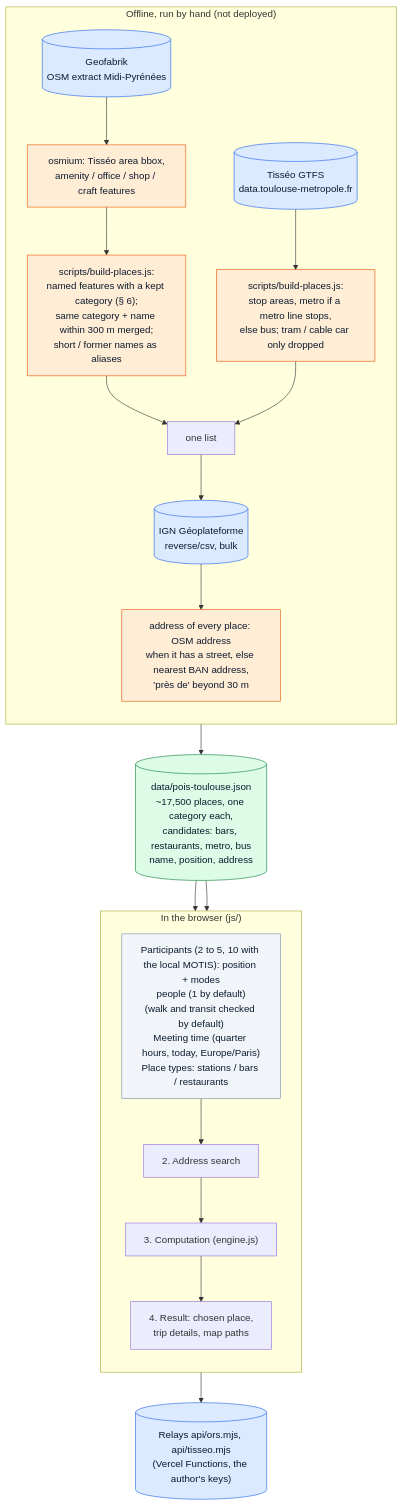
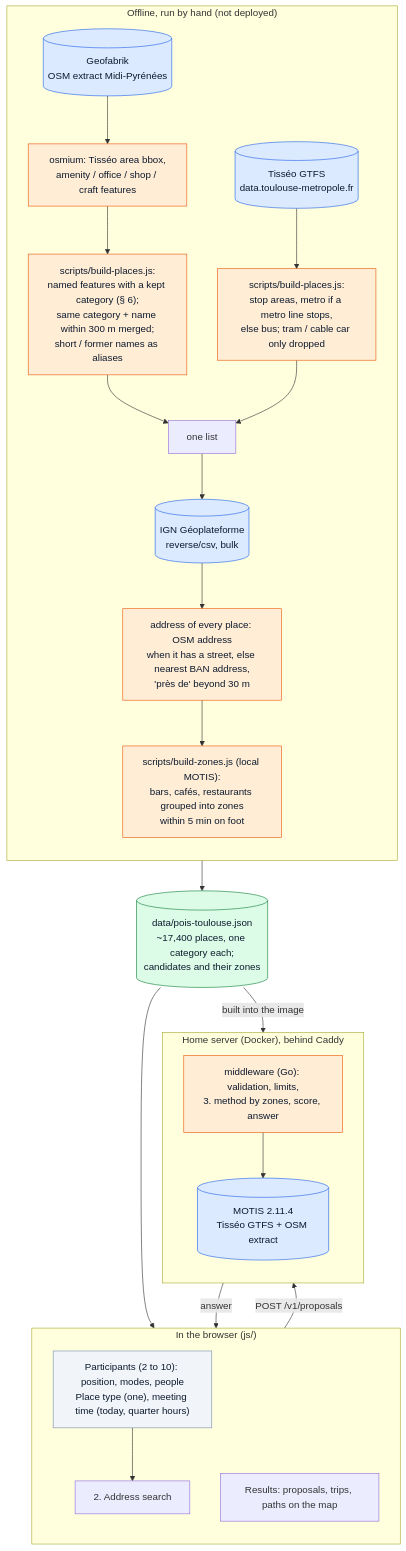
The first of 4 diagrams in docs/pipeline.md (NicolasGresset/rendez-vous), drawn with Mermaid before and after one commit. The commit also changed other lines of this file and 1 other file, not shown here.

Commit message:
Docs: the pipeline on the server; evaluation, the scripts removed and the first run through the API

````diff
--- a/docs/pipeline.md
+++ b/docs/pipeline.md
@@ -53,39 +43,46 @@
 ```mermaid
 flowchart TB
     classDef api fill:#DBEAFE,stroke:#2563EB,color:#0C1A2E
     classDef local fill:#DCFCE7,stroke:#15803D,color:#0C1A2E
     classDef algo fill:#FFEDD5,stroke:#EA580C,color:#0C1A2E
     classDef user fill:#F1F5F9,stroke:#7A90AA,color:#0C1A2E
 
     subgraph OFFLINE["Offline, run by hand (not deployed)"]
         direction TB
         GEOFABRIK[("Geofabrik<br/>OSM extract Midi-Pyrénées")]:::api
         OSMIUM["osmium: Tisséo area bbox,<br/>amenity / office / shop / craft features"]:::algo
         OSMPLACES["scripts/build-places.js:<br/>named features with a kept category (§ 6);<br/>same category + name within 300 m merged;<br/>short / former names as aliases"]:::algo
         GTFS[("Tisséo GTFS<br/>data.toulouse-metropole.fr")]:::api
         STOPS["scripts/build-places.js:<br/>stop areas, metro if a metro line stops,<br/>else bus; tram / cable car only dropped"]:::algo
         REVCSV[("IGN Géoplateforme<br/>reverse/csv, bulk")]:::api
         ADDR["address of every place: OSM address<br/>when it has a street, else nearest BAN address,<br/>'près de' beyond 30 m"]:::algo
+        ZONES["scripts/build-zones.js (local MOTIS):<br/>bars, cafés, restaurants grouped into zones<br/>within 5 min on foot"]:::algo
         GEOFABRIK --> OSMIUM --> OSMPLACES
         GTFS --> STOPS
         OSMPLACES --> MERGE["one list"]
         STOPS --> MERGE
-        MERGE --> REVCSV --> ADDR
+        MERGE --> REVCSV --> ADDR --> ZONES
     end
 
-    ADDR --> DATA[("data/pois-toulouse.json<br/>~17,500 places, one category each,<br/>candidates: bars, restaurants, metro, bus<br/>name, position, address")]:::local
+    ZONES --> DATA[("data/pois-toulouse.json<br/>~17,400 places, one category each;<br/>candidates and their zones")]:::local
 
     subgraph BROWSER["In the browser (js/)"]
         direction TB
-        INPUT["Participants (2 to 5, 10 with the local MOTIS): position + modes<br/>people (1 by default)<br/>(walk and transit checked by default)<br/>Meeting time (quarter hours, today, Europe/Paris)<br/>Place types: stations / bars / restaurants"]:::user
+        INPUT["Participants (2 to 10): position, modes, people<br/>Place type (one), meeting time (today, quarter hours)"]:::user
         SEARCH["2. Address search"]
-        ENGINE["3. Computation (engine.js)"]
-        RESULT["4. Result: chosen place,<br/>trip details, map paths"]
-        INPUT --> SEARCH --> ENGINE --> RESULT
+        RESULT["Results: proposals, trips, paths on the map"]
+        INPUT --> SEARCH
     end
 
-    KEY[("Relays api/ors.mjs, api/tisseo.mjs<br/>(Vercel Functions, the author's keys)")]:::api
-    ENGINE --> KEY
+    subgraph SERVER["Home server (Docker), behind Caddy"]
+        direction TB
+        MW["middleware (Go): validation, limits,<br/>3. method by zones, score, answer"]:::algo
+        MOTIS[("MOTIS 2.11.4<br/>Tisséo GTFS + OSM extract")]:::api
+        MW --> MOTIS
+    end
+
     DATA --> SEARCH
-    DATA --> ENGINE
+    DATA -->|"built into the image"| MW
+    INPUT -->|"POST /v1/proposals"| MW
+    MW -->|"answer"| RESULT
 ```
````
